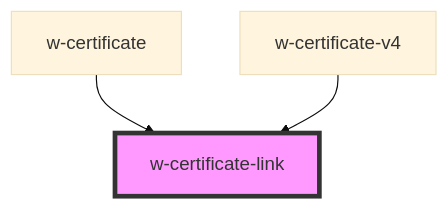
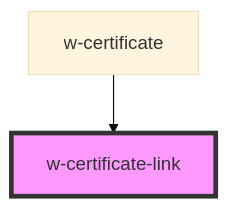
Before and after one commit to wordproof/ui: the diagram in src/components/w-certificate-link/readme.md, drawn with Mermaid (base theme). The commit also changed other lines of this file and 12 other files, not shown here.

````diff
--- a/src/components/w-certificate-link/readme.md
+++ b/src/components/w-certificate-link/readme.md
@@ -24,6 +23,5 @@
 ```mermaid
 graph TD;
   w-certificate --> w-certificate-link
-  w-certificate-v4 --> w-certificate-link
   style w-certificate-link fill:#f9f,stroke:#333,stroke-width:4px
 ```
````
